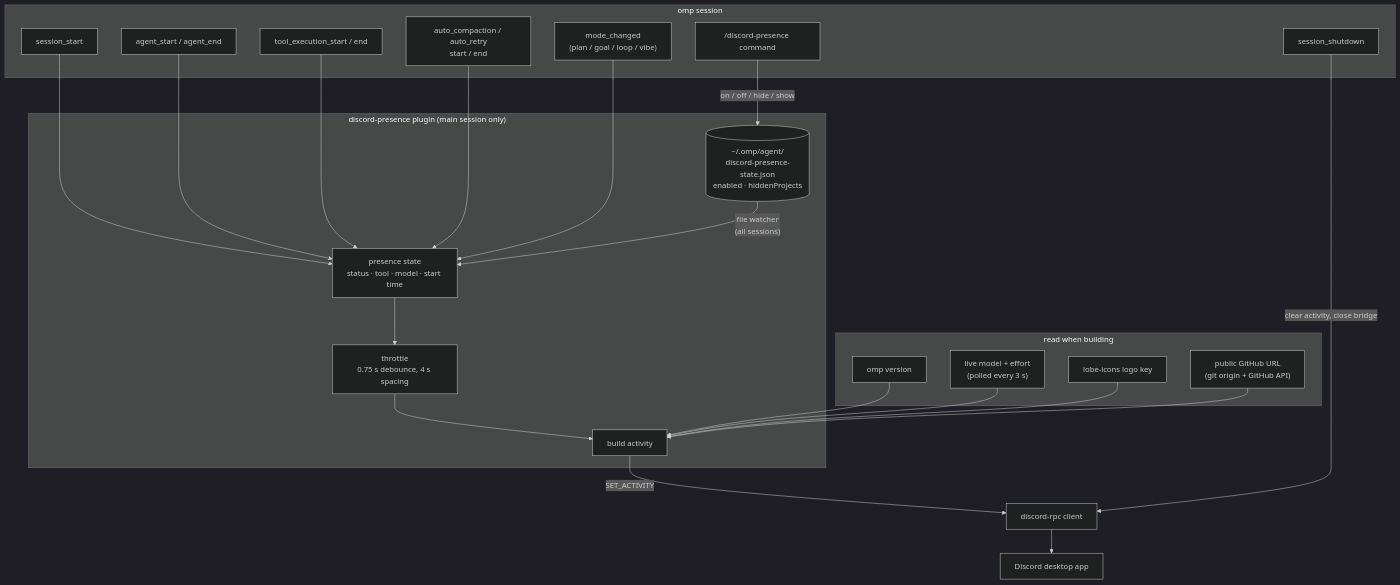
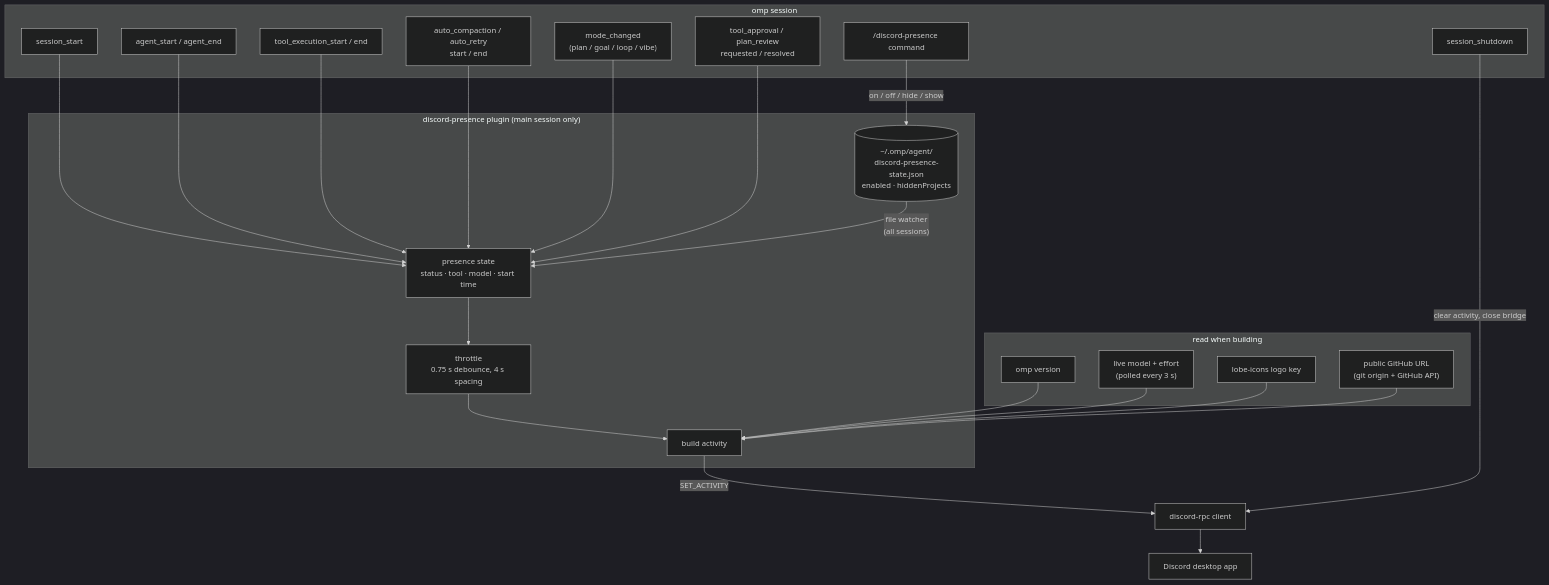
The first of 3 diagrams in README.md (hiiruki/omp-discord-presence), drawn with Mermaid (dark theme) before and after one commit. The commit also changed other lines of this file and 1 other file, not shown here.

````diff
--- a/README.md
+++ b/README.md
@@ -88,35 +96,36 @@
 ```mermaid
 flowchart TD
     subgraph omp["omp session"]
         E1["session_start"]
         E2["agent_start / agent_end"]
         E3["tool_execution_start / end"]
+        E8["tool_approval / plan_review<br/>requested / resolved"]
         E6["auto_compaction / auto_retry<br/>start / end"]
         E7["mode_changed<br/>(plan / goal / loop / vibe)"]
         E4["/discord-presence command"]
         E5["session_shutdown"]
     end
 
     subgraph plugin["discord-presence plugin (main session only)"]
         P["presence state<br/>status · tool · model · start time"]
         S[("~/.omp/agent/<br/>discord-presence-state.json<br/>enabled · hiddenProjects")]
         T["throttle<br/>0.75 s debounce, 4 s spacing"]
         B["build activity"]
     end
 
     subgraph inputs["read when building"]
         V["omp version"]
         M["live model + effort<br/>(polled every 3 s)"]
         L["lobe-icons logo key"]
         G["public GitHub URL<br/>(git origin + GitHub API)"]
     end
 
-    E1 & E2 & E3 & E6 & E7 --> P
+    E1 & E2 & E3 & E6 & E7 & E8 --> P
     E4 -- "on / off / hide / show" --> S
     S -- "file watcher<br/>(all sessions)" --> P
     P --> T --> B
     V & M & L & G --> B
     B -- "SET_ACTIVITY" --> RPC["discord-rpc client"]
     RPC --> D["Discord desktop app"]
     E5 -- "clear activity, close bridge" --> RPC
 ```
````
